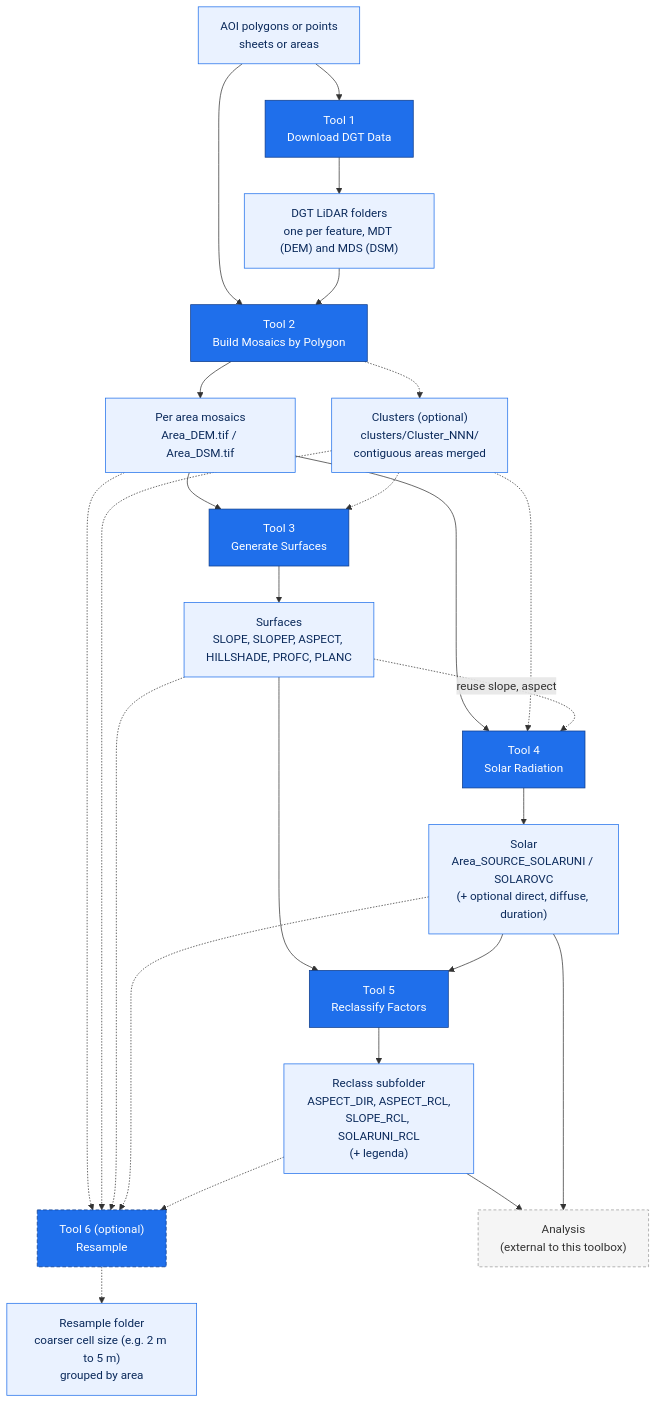
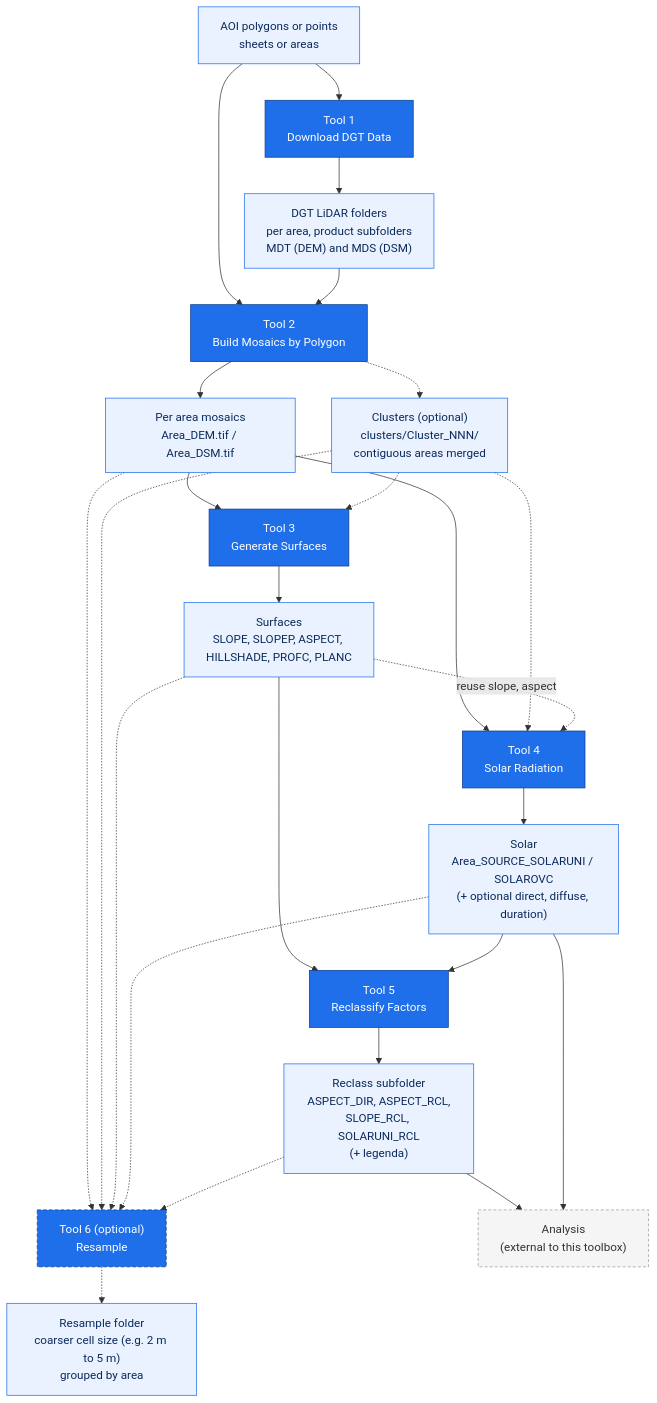
Before and after one commit to PedroMMGoncalves/lidar-terrain-arcgis-tools: the diagram in README.md, drawn with Mermaid. The commit also changed other lines of this file, not shown here.

````diff
--- a/README.md
+++ b/README.md
@@ -43,38 +55,38 @@
 ```mermaid
 flowchart TD
     AOI["AOI polygons or points<br/>sheets or areas"]
     AOI --> TDL["Tool 1<br/>Download DGT Data"]
-    TDL --> LID["DGT LiDAR folders<br/>one per feature, MDT (DEM) and MDS (DSM)"]
+    TDL --> LID["DGT LiDAR folders<br/>per area, product subfolders<br/>MDT (DEM) and MDS (DSM)"]
     AOI --> T1
     LID --> T1
     T1["Tool 2<br/>Build Mosaics by Polygon"]
     T1 --> M["Per area mosaics<br/>Area_DEM.tif / Area_DSM.tif"]
     T1 -.-> CL["Clusters (optional)<br/>clusters/Cluster_NNN/<br/>contiguous areas merged"]
     M --> T2["Tool 3<br/>Generate Surfaces"]
     M --> T3["Tool 4<br/>Solar Radiation"]
     M -.-> T5["Tool 6 (optional)<br/>Resample"]
     CL -.-> T2
     CL -.-> T3
     CL -.-> T5
     T2 --> S["Surfaces<br/>SLOPE, SLOPEP, ASPECT, HILLSHADE, PROFC, PLANC"]
     S -.->|reuse slope, aspect| T3
     T3 --> SOL["Solar<br/>Area_SOURCE_SOLARUNI / SOLAROVC<br/>(+ optional direct, diffuse, duration)"]
     T5 -.-> RS["Resample folder<br/>coarser cell size (e.g. 2 m to 5 m)<br/>grouped by area"]
     S -.-> T5
     SOL -.-> T5
     RCL -.-> T5
     S --> T4["Tool 5<br/>Reclassify Factors"]
     SOL --> T4
     T4 --> RCL["Reclass subfolder<br/>ASPECT_DIR, ASPECT_RCL,<br/>SLOPE_RCL, SOLARUNI_RCL<br/>(+ legenda)"]
     RCL --> EXT["Analysis<br/>(external to this toolbox)"]
     SOL --> EXT
 
     classDef tool fill:#1f6feb,stroke:#0d3b8a,color:#ffffff;
     classDef opttool fill:#1f6feb,stroke:#0d3b8a,color:#ffffff,stroke-dasharray:5 3;
     classDef data fill:#eaf2ff,stroke:#1f6feb,color:#0b2a5b;
     classDef ext fill:#f5f5f5,stroke:#999999,color:#333333,stroke-dasharray:4 3;
     class TDL,T1,T2,T3,T4 tool;
     class T5 opttool;
     class AOI,LID,M,S,SOL,RCL,RS,CL data;
     class EXT ext;
 ```
````
